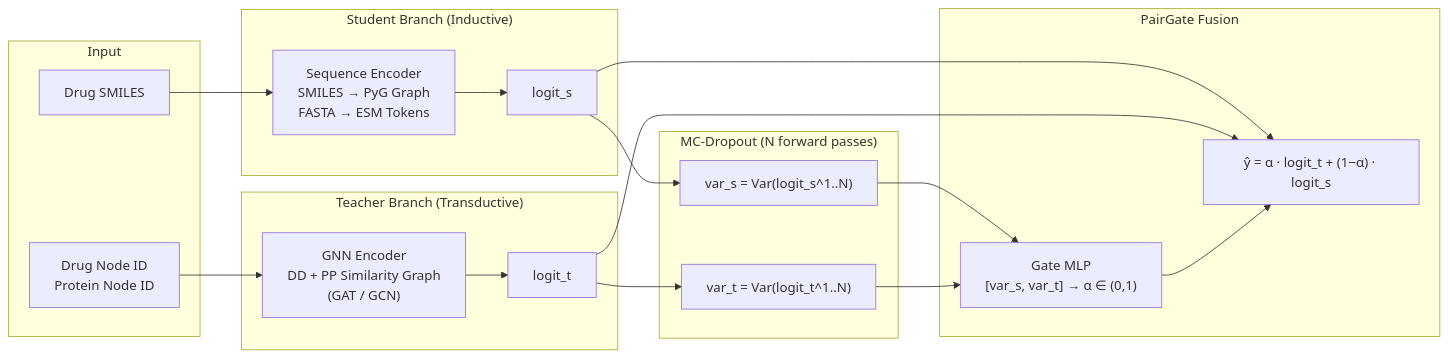
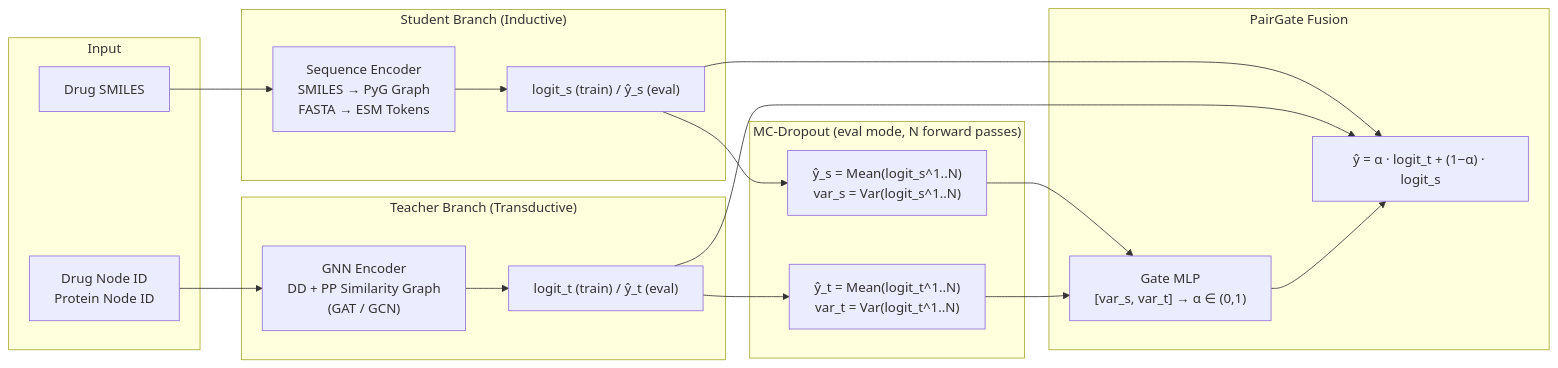
Before and after one commit to mysorf-9239/UGTSDTI: the first of 3 diagrams in README.md, drawn with Mermaid. The commit also changed other lines of this file and 2 other files, not shown here.

Commit message:
feat: mc dropout

````diff
--- a/README.md
+++ b/README.md
@@ -47,35 +47,35 @@
 ```mermaid
 flowchart LR
     subgraph Input
         A["Drug SMILES"]
         B["Drug Node ID\nProtein Node ID"]
     end
 
     subgraph Student["Student Branch (Inductive)"]
         C["Sequence Encoder\nSMILES → PyG Graph\nFASTA → ESM Tokens"]
-        D["logit_s"]
+        D["logit_s (train) / ŷ_s (eval)"]
     end
 
     subgraph Teacher["Teacher Branch (Transductive)"]
         E["GNN Encoder\nDD + PP Similarity Graph\n(GAT / GCN)"]
-        F["logit_t"]
+        F["logit_t (train) / ŷ_t (eval)"]
     end
 
-    subgraph MC["MC-Dropout (N forward passes)"]
-        G["var_s = Var(logit_s^1..N)"]
-        H["var_t = Var(logit_t^1..N)"]
+    subgraph MC["MC-Dropout (eval mode, N forward passes)"]
+        G["ŷ_s = Mean(logit_s^1..N)\nvar_s = Var(logit_s^1..N)"]
+        H["ŷ_t = Mean(logit_t^1..N)\nvar_t = Var(logit_t^1..N)"]
     end
 
     subgraph Fusion["PairGate Fusion"]
         I["Gate MLP\n[var_s, var_t] → α ∈ (0,1)"]
         J["ŷ = α · logit_t + (1−α) · logit_s"]
     end
 
     A --> C --> D --> G
     B --> E --> F --> H
     G --> I
     H --> I
     D --> J
     F --> J
     I --> J
 ```
````
